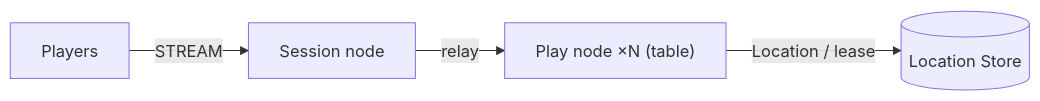
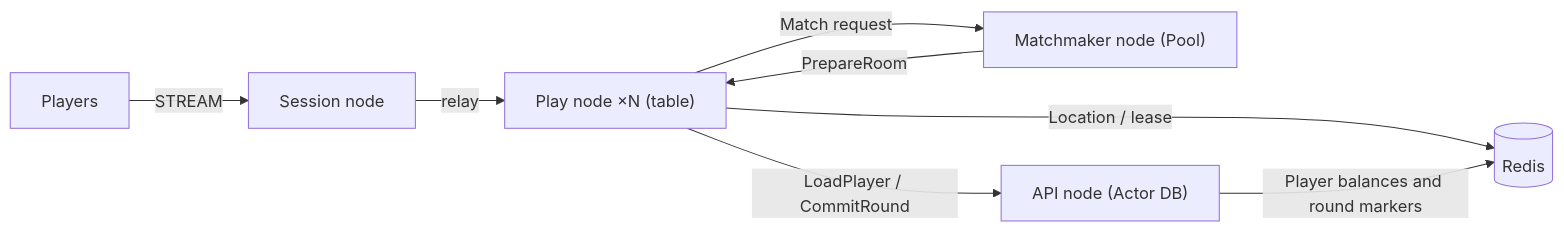
The diagram in framework/languages/dotnet/templates/board-tables/my-game/README.md (zlink-systems/zlink), drawn with Mermaid before and after one commit. The commit also changed other lines of this file and 44 other files, not shown here.

````diff
--- a/framework/languages/dotnet/templates/board-tables/my-game/README.md
+++ b/framework/languages/dotnet/templates/board-tables/my-game/README.md
@@ -5,6 +5,10 @@
 ```mermaid
 flowchart LR
     players[Players] -->|STREAM| session["Session node"]
     session -->|relay| tables["Play node ×N (table)"]
-    tables -->|Location / lease| location[(Location Store)]
+    tables -->|Location / lease| location[(Redis)]
+    tables -->|Match request| pool["Matchmaker node (Pool)"]
+    pool -->|PrepareRoom| tables
+    tables -->|LoadPlayer / CommitRound| api["API node (Actor DB)"]
+    api -->|Player balances and round markers| location
 ```
````
